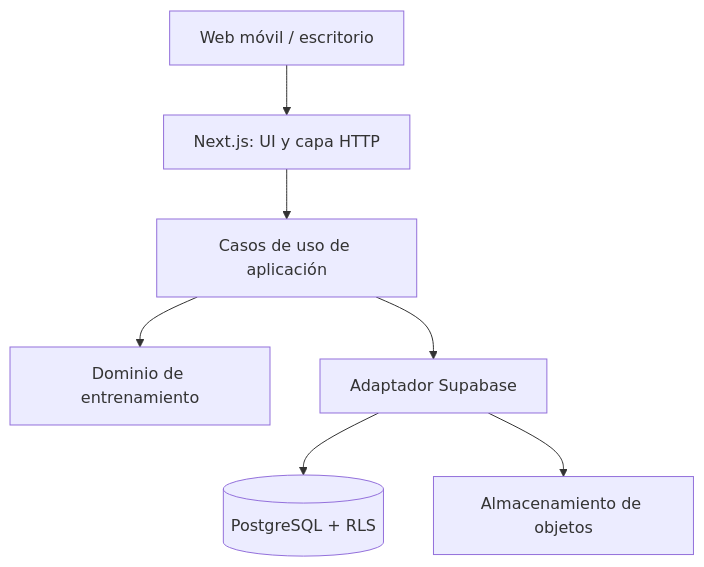
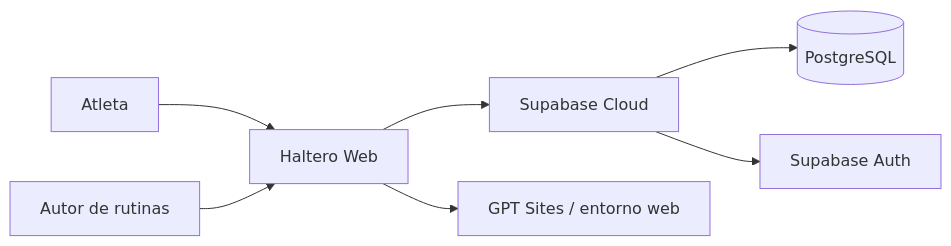
The first of 2 diagrams in docs/02-arquitectura-y-tecnologias.md (FranciscoMancebo/TFM-M-ster-en-Desarrollo-con-IA), drawn with Mermaid before and after one commit. The commit also changed other lines of this file and 28 other files, not shown here.

````diff
--- a/docs/02-arquitectura-y-tecnologias.md
+++ b/docs/02-arquitectura-y-tecnologias.md
@@ -18,9 +9,9 @@
 ```mermaid
-flowchart TB
-    U[Web móvil / escritorio] --> N[Next.js: UI y capa HTTP]
-    N --> A[Casos de uso de aplicación]
-    A --> D[Dominio de entrenamiento]
-    A --> S[Adaptador Supabase]
-    S --> P[(PostgreSQL + RLS)]
-    S --> O[Almacenamiento de objetos]
+flowchart LR
+    A[Atleta] --> W[Haltero Web]
+    B[Autor de rutinas] --> W
+    W --> S[Supabase Cloud]
+    W --> H[GPT Sites / entorno web]
+    S --> P[(PostgreSQL)]
+    S --> U[Supabase Auth]
 ```
````
